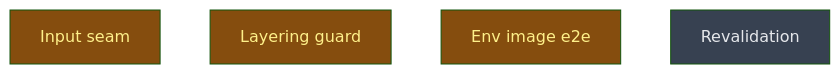
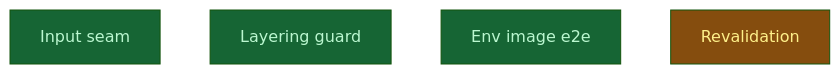
Before and after one commit to CrackingShells/Candler: the diagram in __roadmap__/m2c-wire-alignment/consumers/closeout/README.md, drawn with Mermaid (forest theme). The commit also changed other lines of this file and 1 other file, not shown here.

````diff
--- a/__roadmap__/m2c-wire-alignment/consumers/closeout/README.md
+++ b/__roadmap__/m2c-wire-alignment/consumers/closeout/README.md
@@ -21,12 +21,12 @@
 ```mermaid
 graph TD
-    input_seam[Input seam]:::inprogress
-    layering_guard[Layering guard]:::inprogress
-    env_image_e2e[Env image e2e]:::inprogress
-    revalidation[Revalidation]:::planned
+    input_seam[Input seam]:::done
+    layering_guard[Layering guard]:::done
+    env_image_e2e[Env image e2e]:::done
+    revalidation[Revalidation]:::inprogress
     classDef done       fill:#166534,color:#bbf7d0
     classDef inprogress fill:#854d0e,color:#fef08a
     classDef planned    fill:#374151,color:#e5e7eb
     classDef amendment  fill:#1e3a5f,color:#bfdbfe
     classDef blocked    fill:#7f1d1d,color:#fecaca
 ```
````
